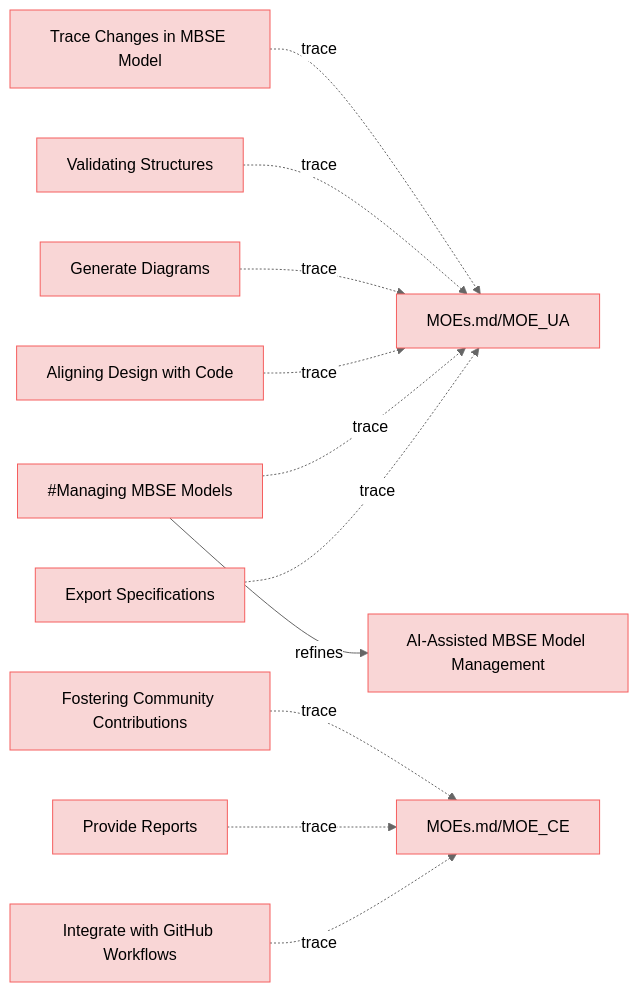
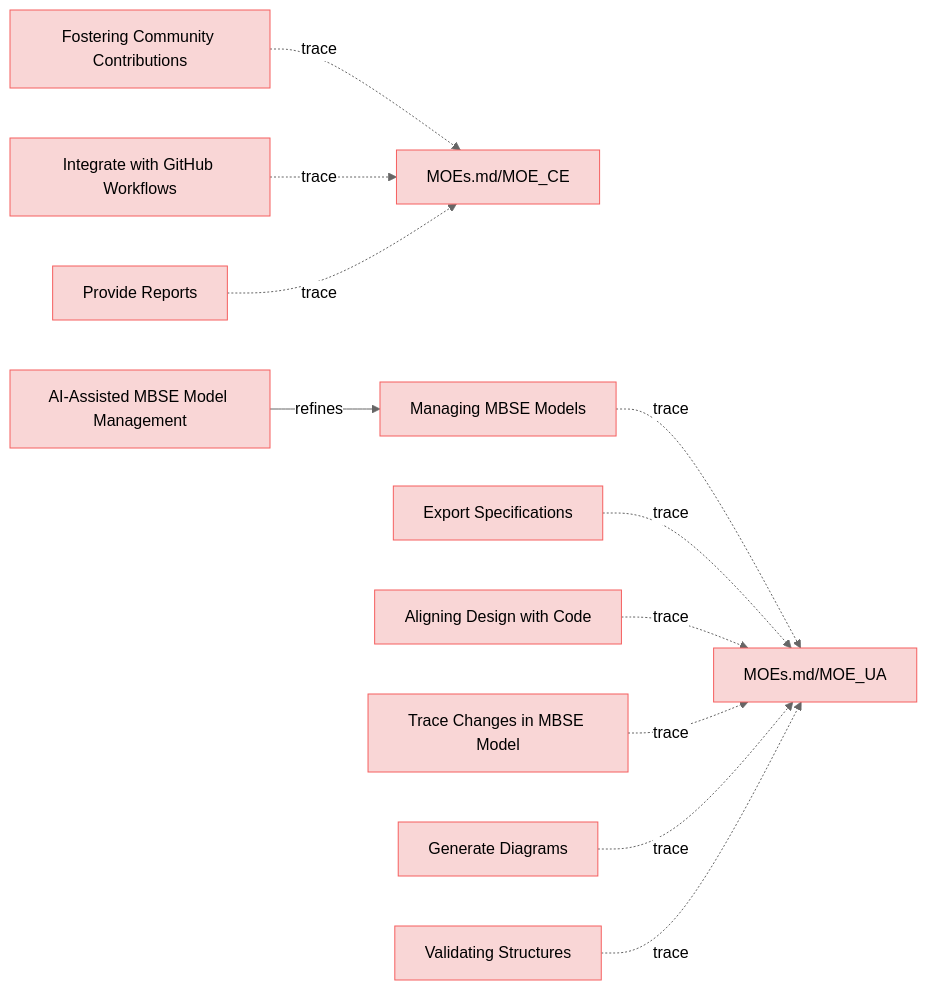
One commit to reqvire-org/reqvire changed the diagram in specifications/UserStories.md. Above: the diagram before and after it, drawn with Mermaid (neutral theme). The commit also changed 22 other files, not shown here.

````diff
--- a/specifications/UserStories.md
+++ b/specifications/UserStories.md
@@ -12,55 +12,55 @@
 ```mermaid
 graph LR;
   %% Graph styling
   classDef requirement fill:#f9d6d6,stroke:#f55f5f,stroke-width:1px;
   classDef verification fill:#d6f9d6,stroke:#5fd75f,stroke-width:1px;
   classDef externalLink fill:#d0e0ff,stroke:#3080ff,stroke-width:1px;
   classDef default fill:#f5f5f5,stroke:#333333,stroke-width:1px;
 
-  2591b90e1fb90daa["Trace Changes in MBSE Model"];
-  click 2591b90e1fb90daa "https://github.com/Reqvire/reqvire/blob/667635d4628fed400323f7df3689af2dbc2ad666/specifications/UserStories.md#trace-changes-in-mbse-model";
-  class 2591b90e1fb90daa requirement;
-  6c33f565725d5e41["MOEs.md/MOE_UA"];
-  class 6c33f565725d5e41 requirement;
-  click 6c33f565725d5e41 "https://github.com/Reqvire/reqvire/blob/667635d4628fed400323f7df3689af2dbc2ad666/specifications/MOEs.md#moe_ua";
-  2591b90e1fb90daa -.->|trace| 6c33f565725d5e41;
-  a0f9571f6563d9d3["Validating Structures"];
-  click a0f9571f6563d9d3 "https://github.com/Reqvire/reqvire/blob/667635d4628fed400323f7df3689af2dbc2ad666/specifications/UserStories.md#validating-structures";
-  class a0f9571f6563d9d3 requirement;
-  a0f9571f6563d9d3 -.->|trace| 6c33f565725d5e41;
-  694c4bb24b10f0c7["Generate Diagrams"];
-  click 694c4bb24b10f0c7 "https://github.com/Reqvire/reqvire/blob/667635d4628fed400323f7df3689af2dbc2ad666/specifications/UserStories.md#generate-diagrams";
-  class 694c4bb24b10f0c7 requirement;
-  694c4bb24b10f0c7 -.->|trace| 6c33f565725d5e41;
   b7a255ea304a325e["Fostering Community Contributions"];
-  click b7a255ea304a325e "https://github.com/Reqvire/reqvire/blob/667635d4628fed400323f7df3689af2dbc2ad666/specifications/UserStories.md#fostering-community-contributions";
+  click b7a255ea304a325e "https://github.com/Reqvire/reqvire/blob/ad88ba6b828e94c93382866fefd058c011c1ac60/specifications/UserStories.md#fostering-community-contributions";
   class b7a255ea304a325e requirement;
   ac59f565725d5e41["MOEs.md/MOE_CE"];
   class ac59f565725d5e41 requirement;
-  click ac59f565725d5e41 "https://github.com/Reqvire/reqvire/blob/667635d4628fed400323f7df3689af2dbc2ad666/specifications/MOEs.md#moe_ce";
+  click ac59f565725d5e41 "https://github.com/Reqvire/reqvire/blob/ad88ba6b828e94c93382866fefd058c011c1ac60/specifications/MOEs.md#moe_ce";
   b7a255ea304a325e -.->|trace| ac59f565725d5e41;
-  8fc677b7413bb247["AI-Assisted MBSE Model Management"];
-  click 8fc677b7413bb247 "https://github.com/Reqvire/reqvire/blob/667635d4628fed400323f7df3689af2dbc2ad666/specifications/UserStories.md#ai-assisted-mbse-model-management";
-  class 8fc677b7413bb247 requirement;
-  c75ac8fa29479ca5["#Managing MBSE Models"];
+  c75ac8fa29479ca5["Managing MBSE Models"];
+  click c75ac8fa29479ca5 "https://github.com/Reqvire/reqvire/blob/ad88ba6b828e94c93382866fefd058c011c1ac60/specifications/UserStories.md#managing-mbse-models";
   class c75ac8fa29479ca5 requirement;
-  click c75ac8fa29479ca5 "https://github.com/Reqvire/reqvire/blob/667635d4628fed400323f7df3689af2dbc2ad666/specifications/UserStories.md#managing-mbse-models";
-  c75ac8fa29479ca5 -->|refines| 8fc677b7413bb247;
+  6c33f565725d5e41["MOEs.md/MOE_UA"];
+  class 6c33f565725d5e41 requirement;
+  click 6c33f565725d5e41 "https://github.com/Reqvire/reqvire/blob/ad88ba6b828e94c93382866fefd058c011c1ac60/specifications/MOEs.md#moe_ua";
+  c75ac8fa29479ca5 -.->|trace| 6c33f565725d5e41;
+  3bb2096c4648e3ff["Export Specifications"];
+  click 3bb2096c4648e3ff "https://github.com/Reqvire/reqvire/blob/ad88ba6b828e94c93382866fefd058c011c1ac60/specifications/UserStories.md#export-specifications";
+  class 3bb2096c4648e3ff requirement;
+  3bb2096c4648e3ff -.->|trace| 6c33f565725d5e41;
   a9bc74070fc71e6d["Aligning Design with Code"];
-  click a9bc74070fc71e6d "https://github.com/Reqvire/reqvire/blob/667635d4628fed400323f7df3689af2dbc2ad666/specifications/UserStories.md#aligning-design-with-code";
+  click a9bc74070fc71e6d "https://github.com/Reqvire/reqvire/blob/ad88ba6b828e94c93382866fefd058c011c1ac60/specifications/UserStories.md#aligning-design-with-code";
   class a9bc74070fc71e6d requirement;
   a9bc74070fc71e6d -.->|trace| 6c33f565725d5e41;
-  c75ac8fa29479ca5 -.->|trace| 6c33f565725d5e41;
+  1563f8454019c887["Integrate with GitHub Workflows"];
+  click 1563f8454019c887 "https://github.com/Reqvire/reqvire/blob/ad88ba6b828e94c93382866fefd058c011c1ac60/specifications/UserStories.md#integrate-with-github-workflows";
+  class 1563f8454019c887 requirement;
+  1563f8454019c887 -.->|trace| ac59f565725d5e41;
+  2591b90e1fb90daa["Trace Changes in MBSE Model"];
+  click 2591b90e1fb90daa "https://github.com/Reqvire/reqvire/blob/ad88ba6b828e94c93382866fefd058c011c1ac60/specifications/UserStories.md#trace-changes-in-mbse-model";
+  class 2591b90e1fb90daa requirement;
+  2591b90e1fb90daa -.->|trace| 6c33f565725d5e41;
   9cb6618c17d19a11["Provide Reports"];
-  click 9cb6618c17d19a11 "https://github.com/Reqvire/reqvire/blob/667635d4628fed400323f7df3689af2dbc2ad666/specifications/UserStories.md#provide-reports";
+  click 9cb6618c17d19a11 "https://github.com/Reqvire/reqvire/blob/ad88ba6b828e94c93382866fefd058c011c1ac60/specifications/UserStories.md#provide-reports";
   class 9cb6618c17d19a11 requirement;
   9cb6618c17d19a11 -.->|trace| ac59f565725d5e41;
-  3bb2096c4648e3ff["Export Specifications"];
-  click 3bb2096c4648e3ff "https://github.com/Reqvire/reqvire/blob/667635d4628fed400323f7df3689af2dbc2ad666/specifications/UserStories.md#export-specifications";
-  class 3bb2096c4648e3ff requirement;
-  3bb2096c4648e3ff -.->|trace| 6c33f565725d5e41;
-  1563f8454019c887["Integrate with GitHub Workflows"];
-  click 1563f8454019c887 "https://github.com/Reqvire/reqvire/blob/667635d4628fed400323f7df3689af2dbc2ad666/specifications/UserStories.md#integrate-with-github-workflows";
-  class 1563f8454019c887 requirement;
-  1563f8454019c887 -.->|trace| ac59f565725d5e41;
+  694c4bb24b10f0c7["Generate Diagrams"];
+  click 694c4bb24b10f0c7 "https://github.com/Reqvire/reqvire/blob/ad88ba6b828e94c93382866fefd058c011c1ac60/specifications/UserStories.md#generate-diagrams";
+  class 694c4bb24b10f0c7 requirement;
+  694c4bb24b10f0c7 -.->|trace| 6c33f565725d5e41;
+  8fc677b7413bb247["AI-Assisted MBSE Model Management"];
+  click 8fc677b7413bb247 "https://github.com/Reqvire/reqvire/blob/ad88ba6b828e94c93382866fefd058c011c1ac60/specifications/UserStories.md#ai-assisted-mbse-model-management";
+  class 8fc677b7413bb247 requirement;
+  8fc677b7413bb247 -->|refines| c75ac8fa29479ca5;
+  a0f9571f6563d9d3["Validating Structures"];
+  click a0f9571f6563d9d3 "https://github.com/Reqvire/reqvire/blob/ad88ba6b828e94c93382866fefd058c011c1ac60/specifications/UserStories.md#validating-structures";
+  class a0f9571f6563d9d3 requirement;
+  a0f9571f6563d9d3 -.->|trace| 6c33f565725d5e41;
 ```
````
